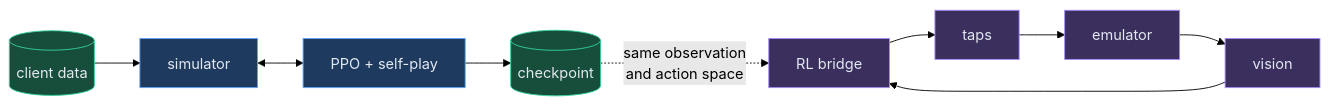
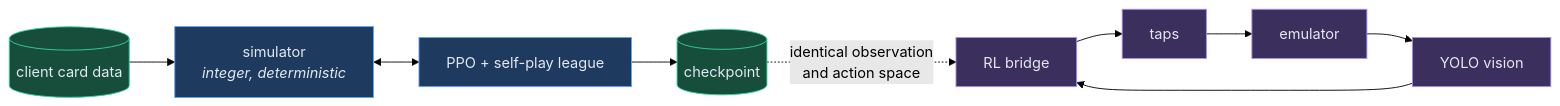
Before and after one commit to hastylmao/Hasty-CR: the first of 3 diagrams in README.md, drawn with Mermaid (forest theme). The commit also changed other lines of this file and 7 other files, not shown here.

````diff
--- a/README.md
+++ b/README.md
@@ -39,15 +298,15 @@
 ```mermaid
 flowchart LR
-    DATA[("client data")] --> SIM["simulator"]
-    SIM <--> TRAIN["PPO + self-play"]
+    DATA[("client card data")] --> SIM["simulator<br/><i>integer, deterministic</i>"]
+    SIM <--> TRAIN["PPO + self-play league"]
     TRAIN --> CKPT[("checkpoint")]
-    CKPT -.->|same observation<br/>and action space| BRIDGE["RL bridge"]
-    SCREEN["emulator"] --> VISION["vision"] --> BRIDGE --> TAPS["taps"] --> SCREEN
+    CKPT -.->|identical observation<br/>and action space| BRIDGE["RL bridge"]
+    SCREEN["emulator"] --> VISION["YOLO vision"] --> BRIDGE --> TAPS["taps"] --> SCREEN
 
     classDef off fill:#1e3a5f,stroke:#60a5fa,color:#e2e8f0
     classDef on fill:#3b2f5e,stroke:#a78bfa,color:#e2e8f0
     classDef store fill:#164e3b,stroke:#34d399,color:#e2e8f0
     class SIM,TRAIN off
     class SCREEN,VISION,BRIDGE,TAPS on
     class DATA,CKPT store
 ```
````
